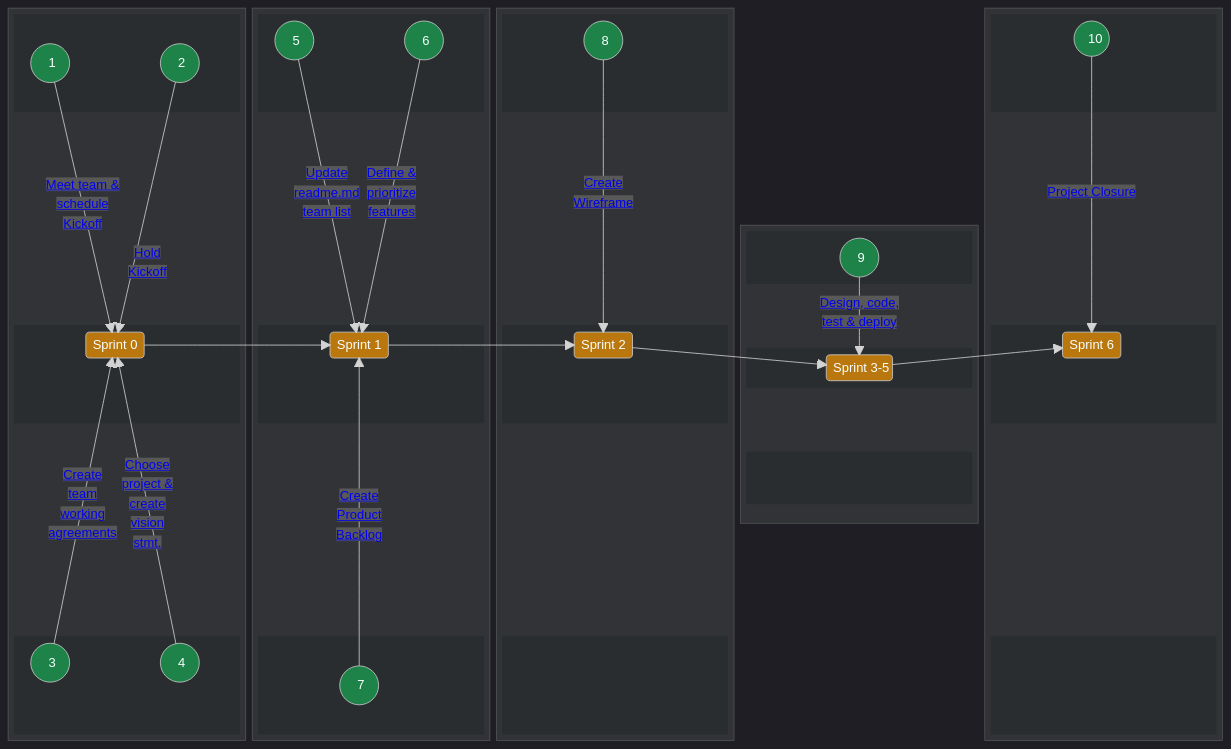
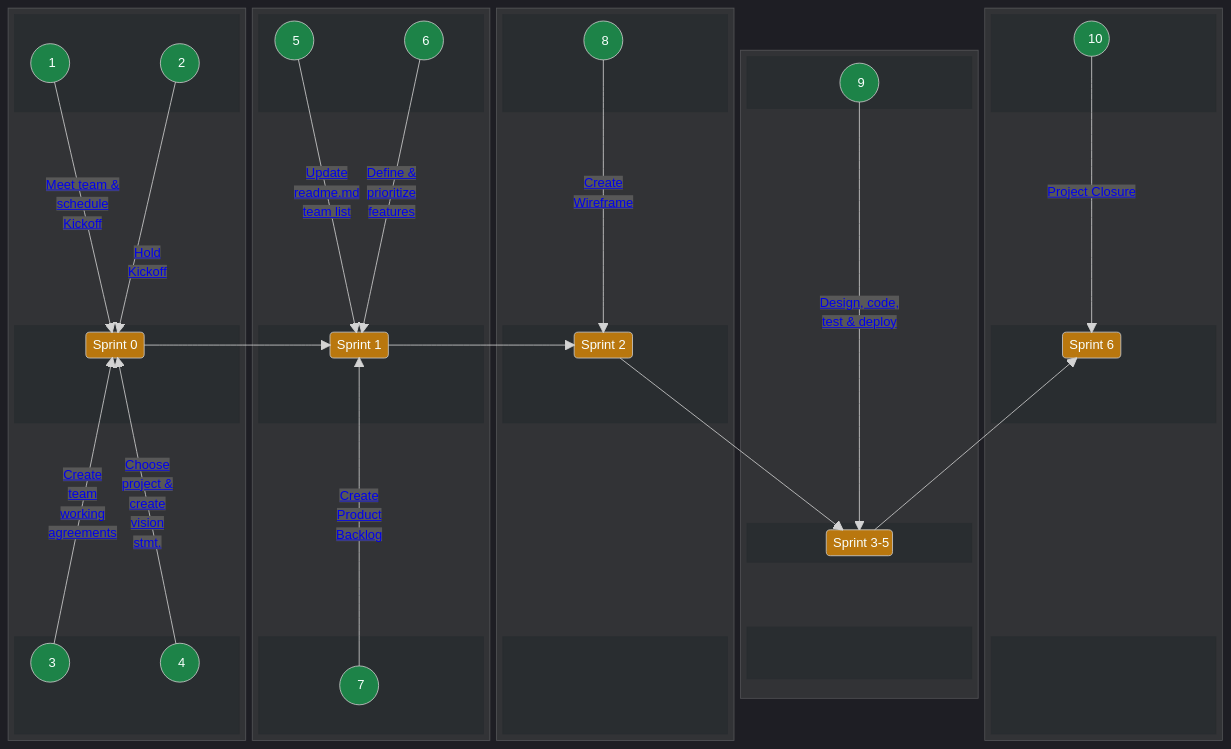
The first of 2 diagrams in docs/guides/voyage/voyage.md (chingu-voyages/Handbook), drawn with Mermaid before and after one commit.

Commit message:
Feature: Update sprint diagram task ordering

```diff
--- a/docs/guides/voyage/voyage.md
+++ b/docs/guides/voyage/voyage.md
@@ -160,6 +160,12 @@
         space
       end
       space
+      space
+      space
+      space
+      space
+      space
+      space
       block:B3CENTER
         columns 3
         space
```
